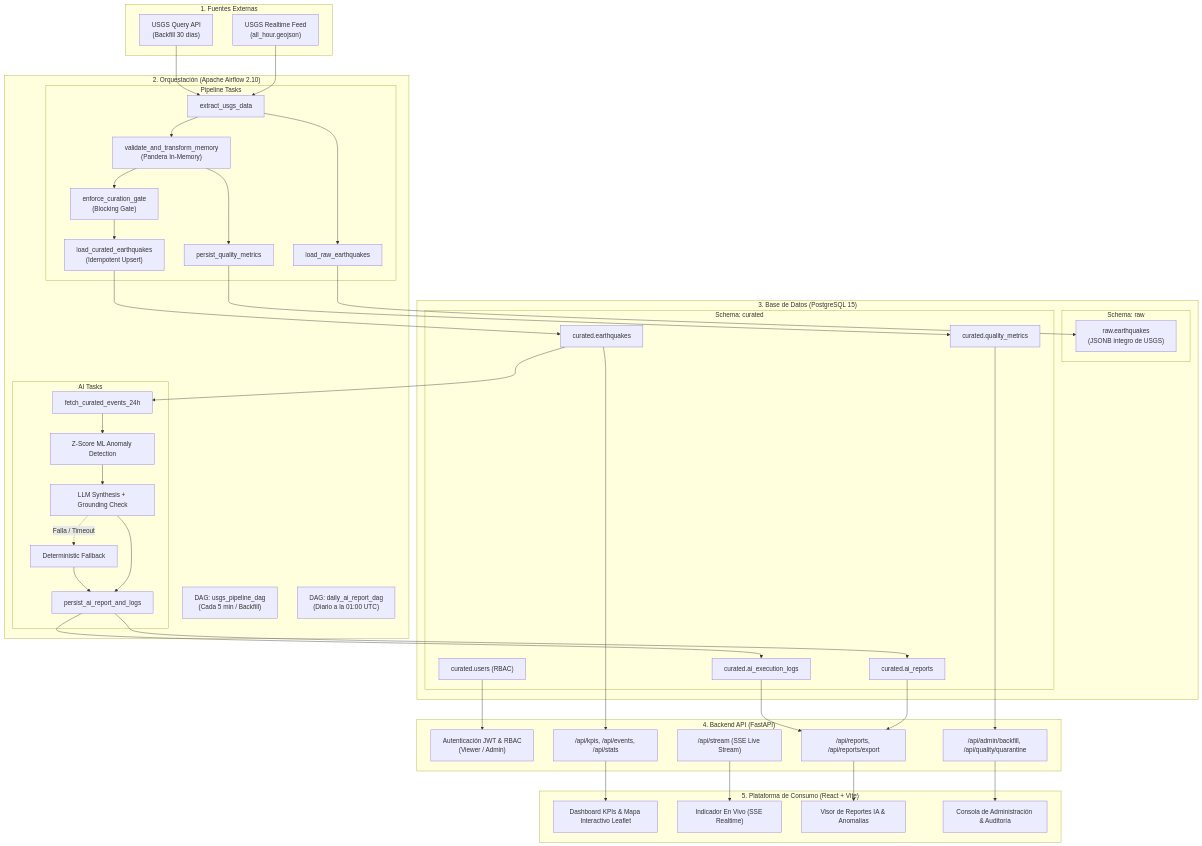
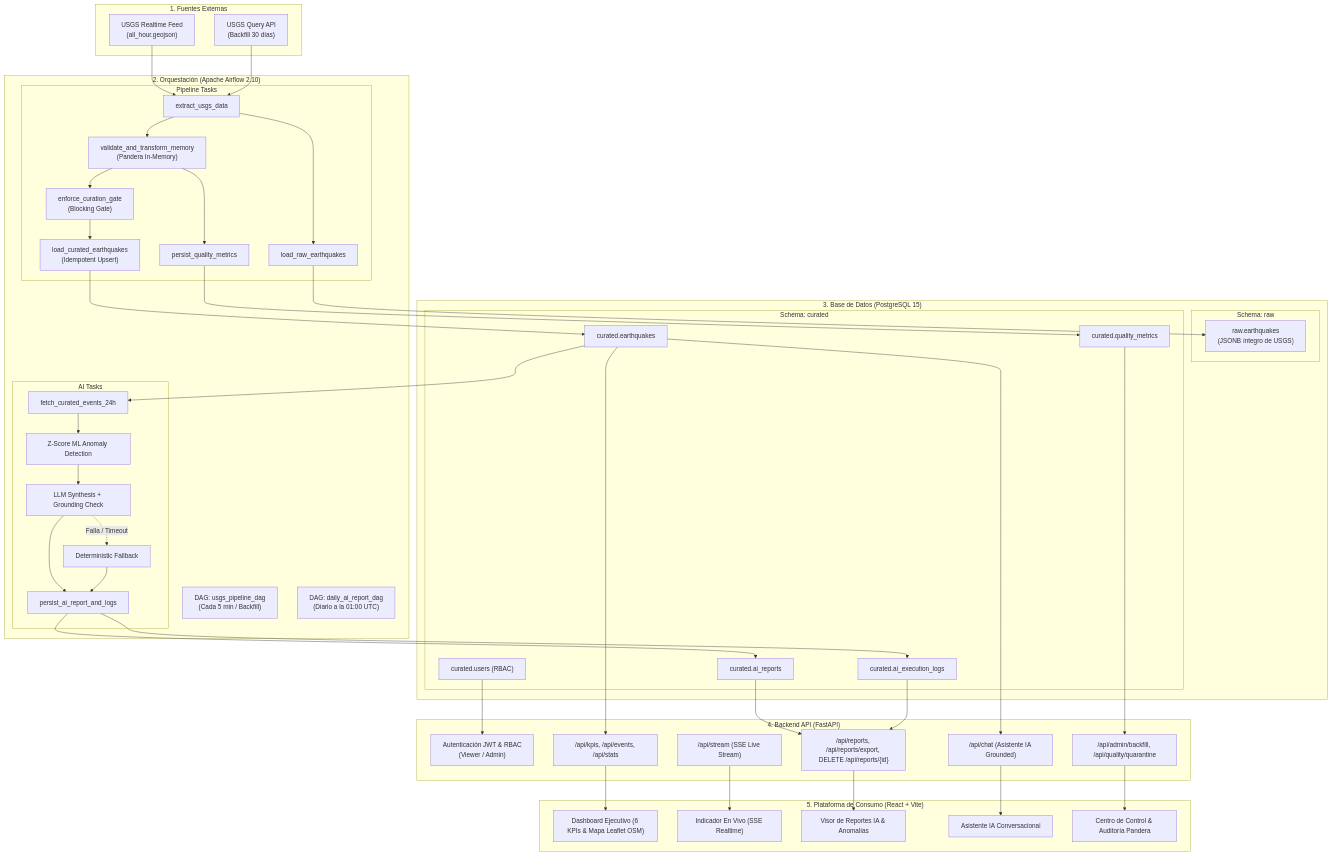
The first of 2 diagrams in docs/ARQUITECTURA.md (Diego-capu/SismoWatch), drawn with Mermaid before and after one commit. The commit also changed 1 other file, not shown here.

Commit message:
docs: update architecture, user manual, and platform specs with latest UI, Leaflet, and API features

````diff
--- a/docs/ARQUITECTURA.md
+++ b/docs/ARQUITECTURA.md
@@ -72,15 +72,17 @@
         API_AUTH["Autenticación JWT & RBAC<br/>(Viewer / Admin)"]
         API_EVENTS["/api/kpis, /api/events, /api/stats"]
         API_STREAM["/api/stream (SSE Live Stream)"]
-        API_REPORTS["/api/reports, /api/reports/export"]
+        API_CHAT["/api/chat (Asistente IA Grounded)"]
+        API_REPORTS["/api/reports, /api/reports/export, DELETE /api/reports/{id}"]
         API_ADMIN["/api/admin/backfill, /api/quality/quarantine"]
     end
 
     subgraph Frontend ["5. Plataforma de Consumo (React + Vite)"]
-        UI_DASH["Dashboard KPIs & Mapa Interactivo Leaflet"]
+        UI_DASH["Dashboard Ejecutivo (6 KPIs & Mapa Leaflet OSM)"]
         UI_LIVE["Indicador En Vivo (SSE Realtime)"]
         UI_AI["Visor de Reportes IA & Anomalías"]
-        UI_ADMIN["Consola de Administración & Auditoría"]
+        UI_CHAT["Asistente IA Conversacional"]
+        UI_ADMIN["Centro de Control & Auditoría Pandera"]
     end
 
     USGS_RT --> T_EXTRACT
@@ -98,6 +100,7 @@
     T_PERSIST_AI --> CUR_LOG
 
     CUR_EQ --> API_EVENTS
+    CUR_EQ --> API_CHAT
     CUR_QM --> API_ADMIN
     CUR_REP --> API_REPORTS
     CUR_LOG --> API_REPORTS
@@ -106,5 +109,6 @@
     API_EVENTS --> UI_DASH
     API_STREAM --> UI_LIVE
     API_REPORTS --> UI_AI
+    API_CHAT --> UI_CHAT
     API_ADMIN --> UI_ADMIN
 ```
````
